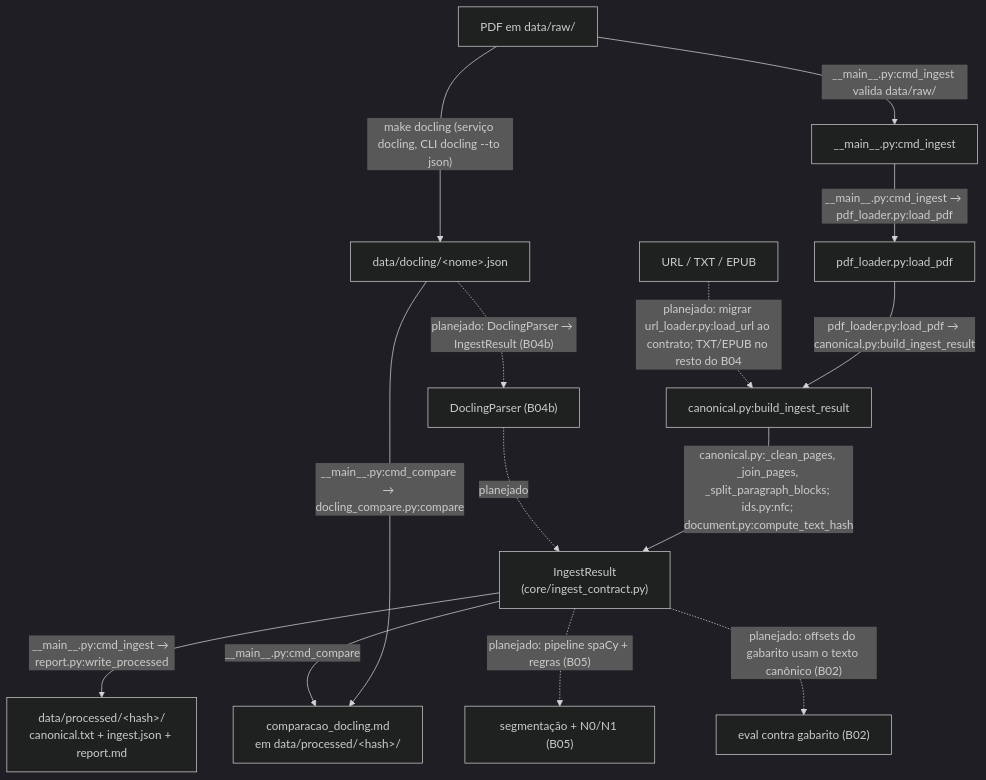
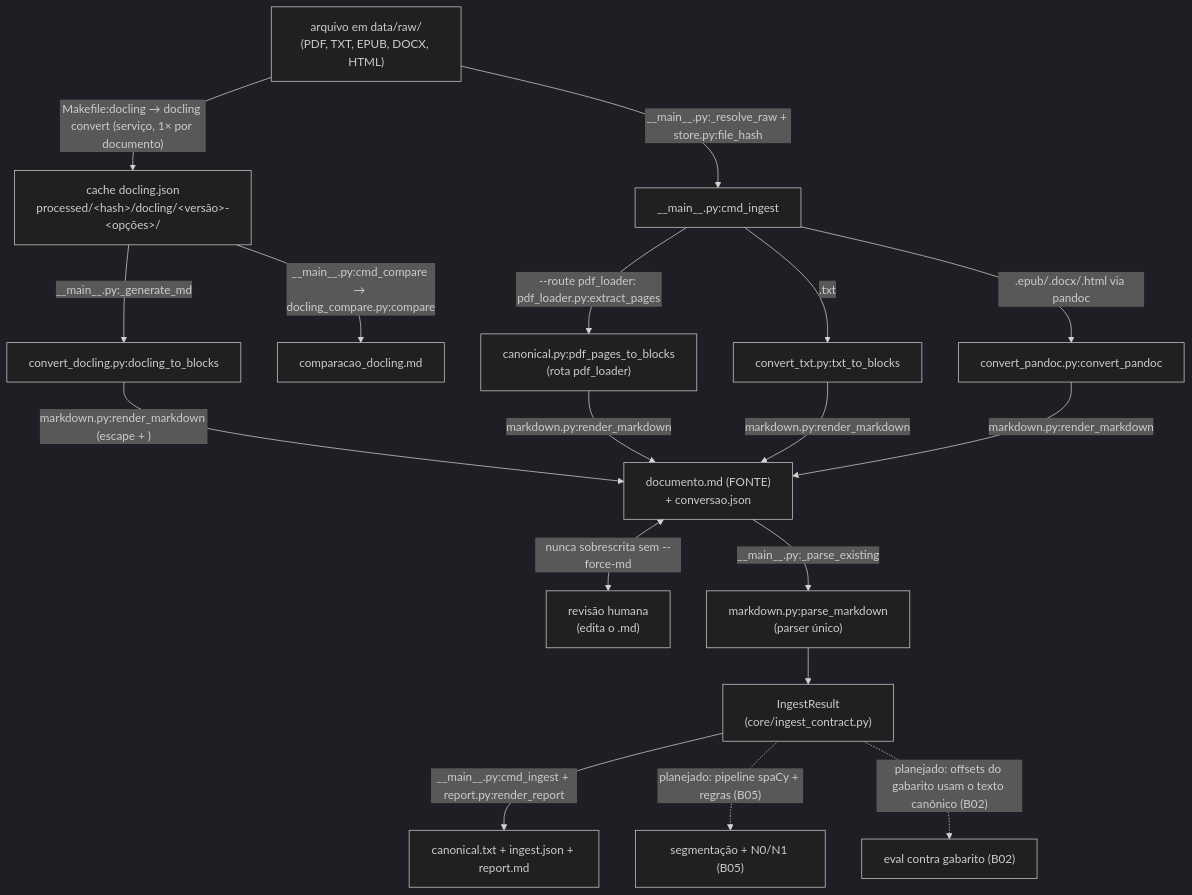
The diagram in docs/mapa/fluxo.md (lld-git/map-relations), drawn with Mermaid (dark theme) before and after one commit. The commit also changed other lines of this file and 21 other files, not shown here.

````diff
--- a/docs/mapa/fluxo.md
+++ b/docs/mapa/fluxo.md
@@ -6,33 +7,37 @@
 ```mermaid
 flowchart TB
-    PDF["PDF em data/raw/"]
+    RAW["arquivo em data/raw/<br/>(PDF, TXT, EPUB, DOCX, HTML)"]
     CLI["__main__.py:cmd_ingest"]
-    LOAD["pdf_loader.py:load_pdf"]
-    BUILD["canonical.py:build_ingest_result"]
+    CACHE["cache docling.json<br/>processed/&lt;hash&gt;/docling/&lt;versão&gt;-&lt;opções&gt;/"]
+    CONVD["convert_docling.py:docling_to_blocks"]
+    CONVP["canonical.py:pdf_pages_to_blocks<br/>(rota pdf_loader)"]
+    CONVT["convert_txt.py:txt_to_blocks"]
+    CONVPD["convert_pandoc.py:convert_pandoc"]
+    MD["documento.md (FONTE)<br/>+ conversao.json"]
+    HUMANO["revisão humana<br/>(edita o .md)"]
+    PARSER["markdown.py:parse_markdown<br/>(parser único)"]
     RESULT["IngestResult<br/>(core/ingest_contract.py)"]
-    OUT["data/processed/&lt;hash&gt;/<br/>canonical.txt + ingest.json + report.md"]
+    OUT["canonical.txt + ingest.json + report.md"]
+    COMPARE["comparacao_docling.md"]
 
-    PDF -->|"__main__.py:cmd_ingest valida data/raw/"| CLI
-    CLI -->|"__main__.py:cmd_ingest → pdf_loader.py:load_pdf"| LOAD
-    LOAD -->|"pdf_loader.py:load_pdf → canonical.py:build_ingest_result"| BUILD
-    BUILD -->|"canonical.py:_clean_pages, _join_pages, _split_paragraph_blocks; ids.py:nfc; document.py:compute_text_hash"| RESULT
-    RESULT -->|"__main__.py:cmd_ingest → report.py:write_processed"| OUT
+    RAW -->|"Makefile:docling → docling convert (serviço, 1× por documento)"| CACHE
+    RAW -->|"__main__.py:_resolve_raw + store.py:file_hash"| CLI
+    CACHE -->|"__main__.py:_generate_md"| CONVD
+    CLI -->|"--route pdf_loader: pdf_loader.py:extract_pages"| CONVP
+    CLI -->|".txt"| CONVT
+    CLI -->|".epub/.docx/.html via pandoc"| CONVPD
+    CONVD -->|"markdown.py:render_markdown (escape + <!-- p.N -->)"| MD
+    CONVP -->|"markdown.py:render_markdown"| MD
+    CONVT -->|"markdown.py:render_markdown"| MD
+    CONVPD -->|"markdown.py:render_markdown"| MD
+    MD <-->|"nunca sobrescrita sem --force-md"| HUMANO
+    MD -->|"__main__.py:_parse_existing"| PARSER
+    PARSER --> RESULT
+    RESULT -->|"__main__.py:cmd_ingest + report.py:render_report"| OUT
+    CACHE -->|"__main__.py:cmd_compare → docling_compare.py:compare"| COMPARE
 
-    DOCJSON["data/docling/&lt;nome&gt;.json"]
-    COMPARE["comparacao_docling.md<br/>em data/processed/&lt;hash&gt;/"]
-
-    PDF -->|"make docling (serviço docling, CLI docling --to json)"| DOCJSON
-    DOCJSON -->|"__main__.py:cmd_compare → docling_compare.py:compare"| COMPARE
-    RESULT -->|"__main__.py:cmd_compare"| COMPARE
-
-    URL["URL / TXT / EPUB"]
-    DOCLINGPARSER["DoclingParser (B04b)"]
     SEG["segmentação + N0/N1 (B05)"]
     EVAL["eval contra gabarito (B02)"]
-
-    URL -.->|"planejado: migrar url_loader.py:load_url ao contrato; TXT/EPUB no resto do B04"| BUILD
-    DOCJSON -.->|"planejado: DoclingParser → IngestResult (B04b)"| DOCLINGPARSER
-    DOCLINGPARSER -.->|"planejado"| RESULT
     RESULT -.->|"planejado: pipeline spaCy + regras (B05)"| SEG
     RESULT -.->|"planejado: offsets do gabarito usam o texto canônico (B02)"| EVAL
 ```
````
